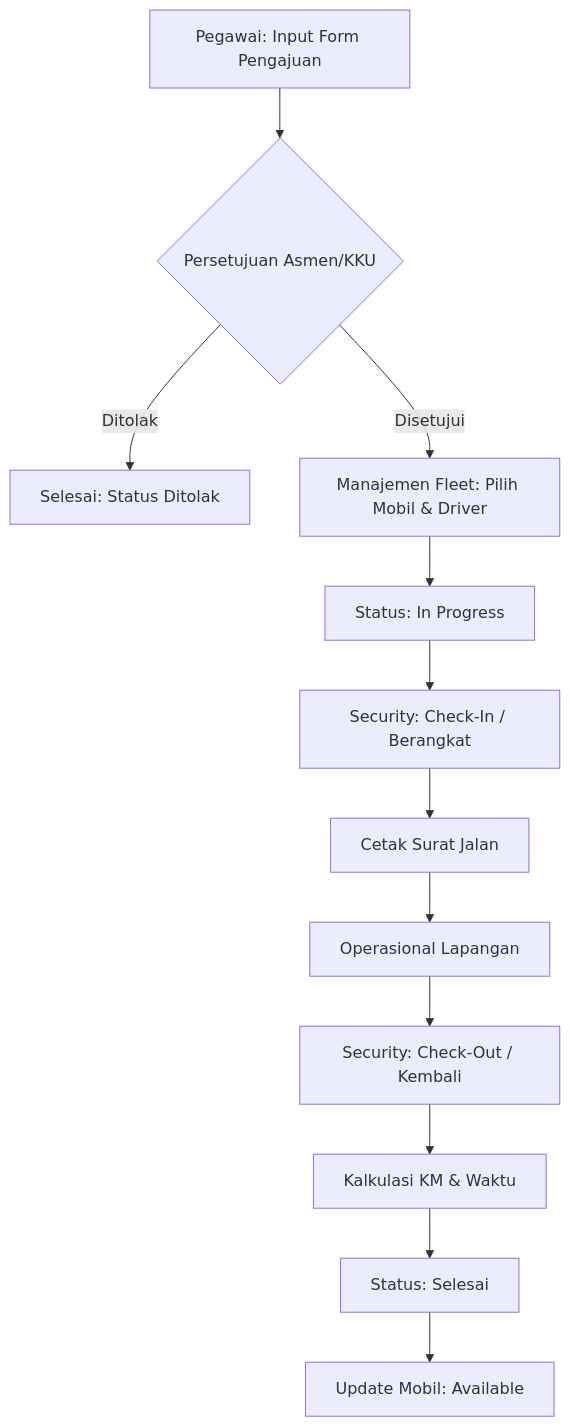
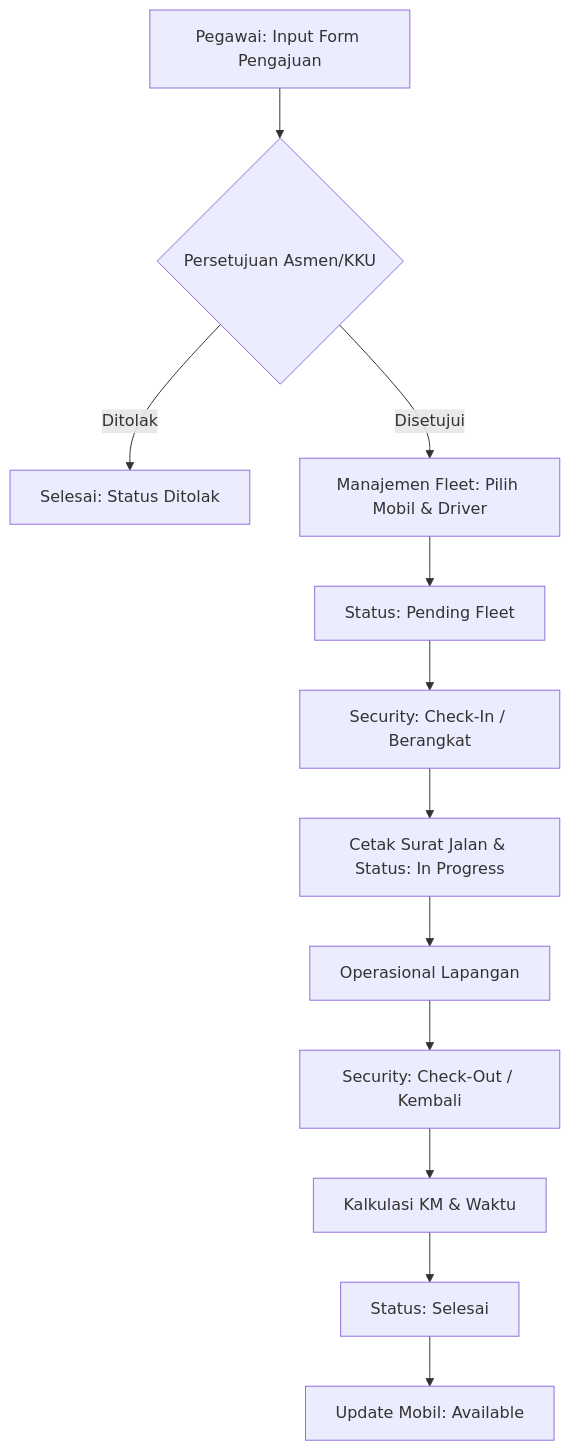
The diagram in DOCUMENTATION.md (Nabilla19/pln_transport), drawn with Mermaid before and after one commit. The commit also changed other lines of this file and 2270 other files, not shown here.

````diff
--- a/DOCUMENTATION.md
+++ b/DOCUMENTATION.md
@@ -27,14 +44,14 @@
 ```mermaid
 graph TD
     A[Pegawai: Input Form Pengajuan] --> B{Persetujuan Asmen/KKU}
     B -- Ditolak --> C[Selesai: Status Ditolak]
     B -- Disetujui --> D[Manajemen Fleet: Pilih Mobil & Driver]
-    D --> E[Status: In Progress]
+    D --> E[Status: Pending Fleet]
     E --> F[Security: Check-In / Berangkat]
-    F --> G[Cetak Surat Jalan]
+    F --> G[Cetak Surat Jalan & Status: In Progress]
     G --> H[Operasional Lapangan]
     H --> I[Security: Check-Out / Kembali]
     I --> J[Kalkulasi KM & Waktu]
     J --> K[Status: Selesai]
     K --> L[Update Mobil: Available]
 ```
````
